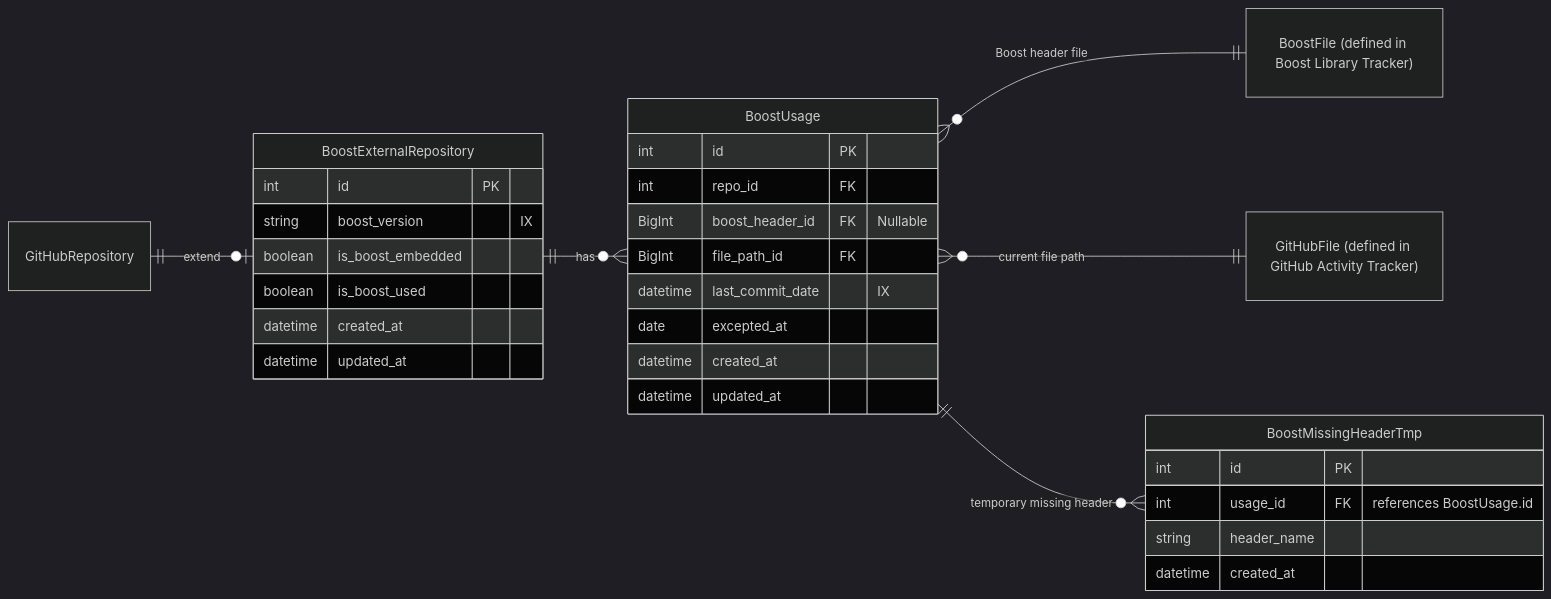
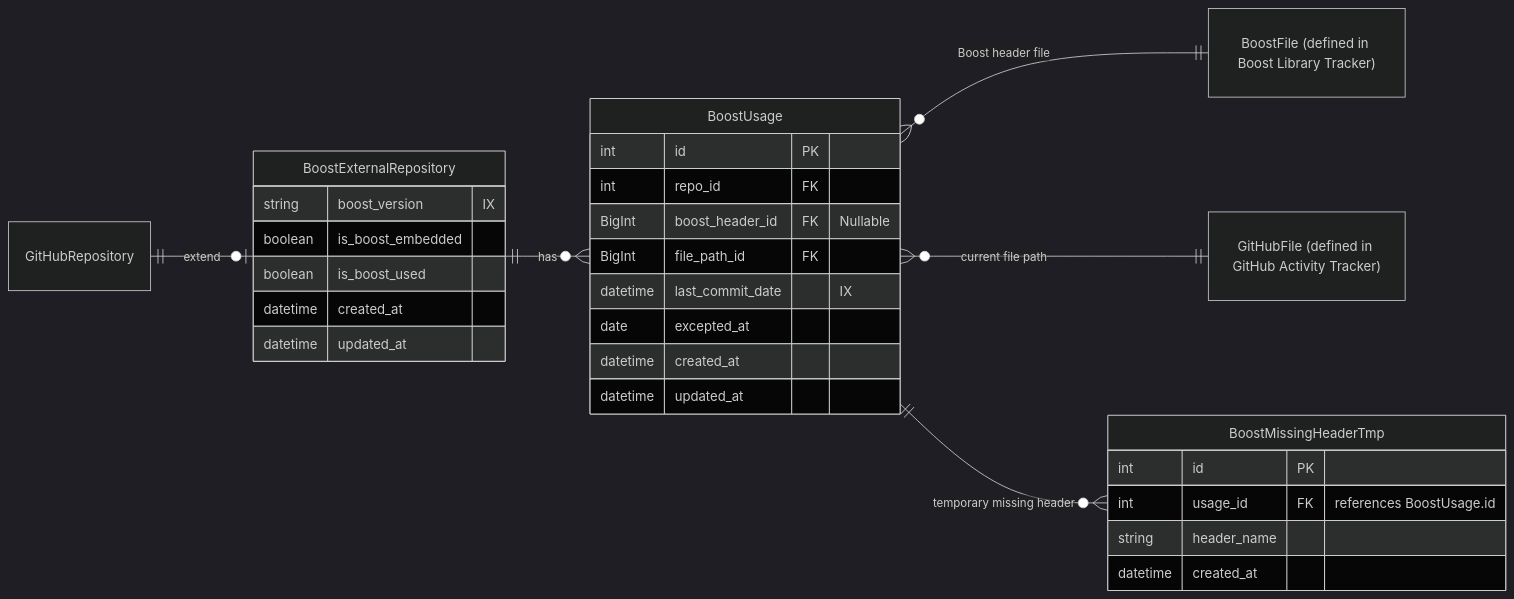
Before and after one commit to cppalliance/boost-data-collector: the seventh of 12 diagrams in docs/Schema.md, drawn with Mermaid (dark theme). The commit also changed other lines of this file and 7 other files, not shown here.

````diff
--- a/docs/Schema.md
+++ b/docs/Schema.md
@@ -452,37 +464,36 @@
 ```mermaid
 erDiagram
     direction LR
     GitHubRepository ||--o| BoostExternalRepository : "extend"
     BoostExternalRepository ||--o{ BoostUsage : "has"
     BoostUsage }o--|| "BoostFile (defined in Boost Library Tracker)" : "Boost header file"
     BoostUsage }o--|| "GitHubFile (defined in GitHub Activity Tracker)" : "current file path"
     BoostUsage ||--o{ BoostMissingHeaderTmp : "temporary missing header"
 
     BoostExternalRepository {
-        int id PK
         string boost_version "IX"
         boolean is_boost_embedded
         boolean is_boost_used
         datetime created_at
         datetime updated_at
     }
 
     BoostUsage {
         int id PK
         int repo_id FK
         BigInt boost_header_id FK "Nullable"
         BigInt file_path_id FK
         datetime last_commit_date "IX"
         date excepted_at
         datetime created_at
         datetime updated_at
     }
 
     BoostMissingHeaderTmp {
         int id PK
         int usage_id FK "references BoostUsage.id"
         string header_name
         datetime created_at
     }
 
 ```
````
